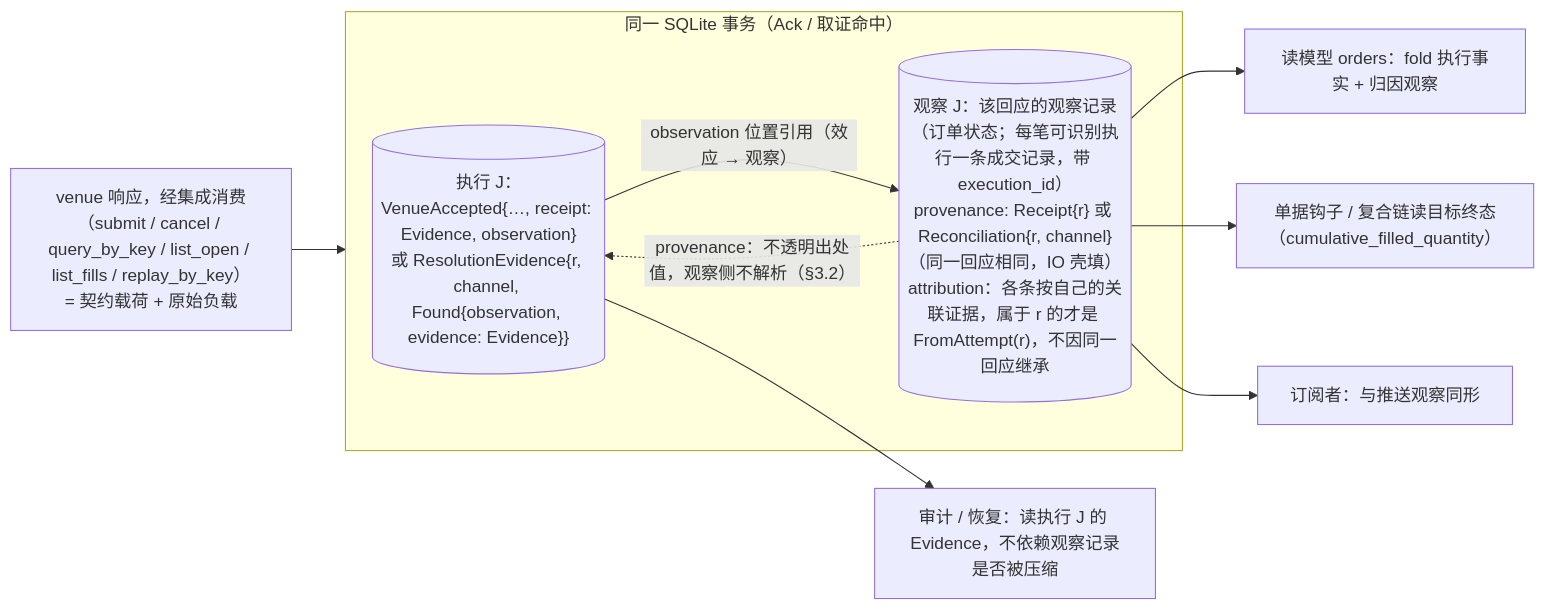
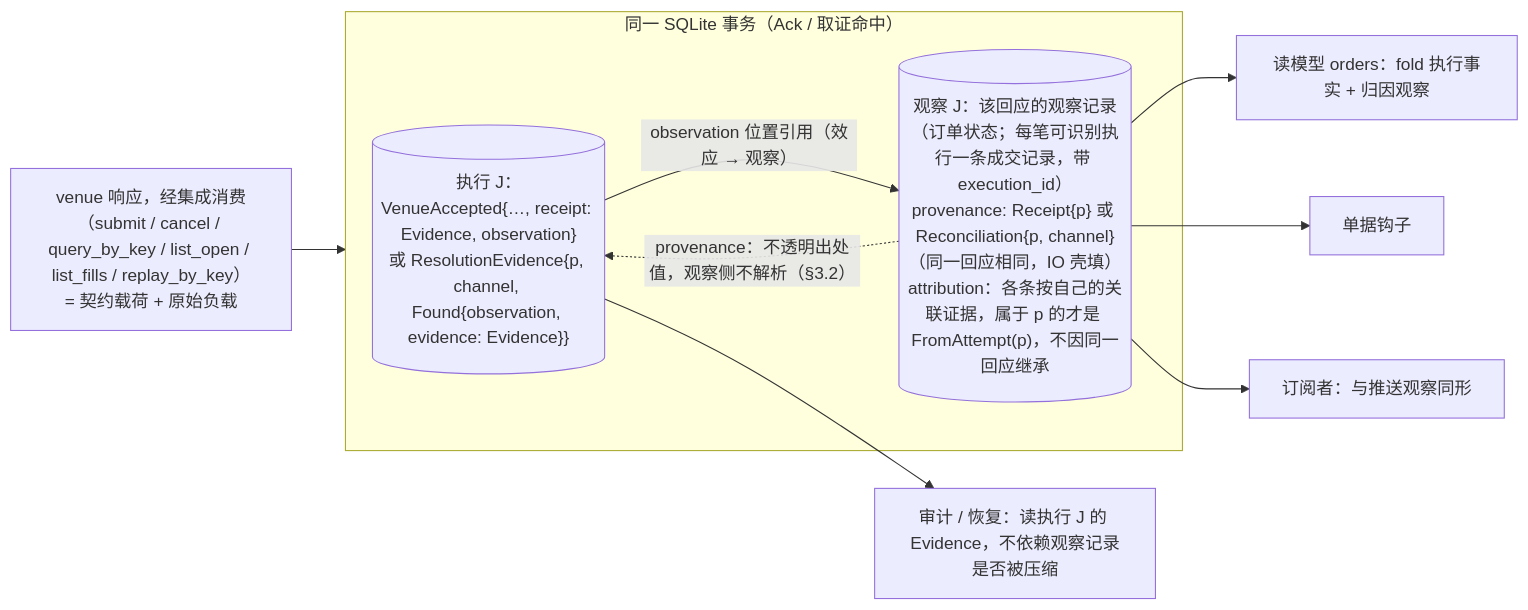
The third of 7 diagrams in design/diagrams/06-io-shell-attempt.md (mouriya-s-lab/uta), drawn with Mermaid before and after one commit. The commit also changed other lines of this file and 12 other files, not shown here.

````diff
--- a/design/diagrams/06-io-shell-attempt.md
+++ b/design/diagrams/06-io-shell-attempt.md
@@ -102,14 +106,14 @@
 ```mermaid
 flowchart LR
   V["venue 响应，经集成消费（submit / cancel / query_by_key / list_open / list_fills / replay_by_key）<br/>= 契约载荷 + 原始负载"] --> TX
   subgraph TX["同一 SQLite 事务（Ack / 取证命中）"]
-    E[("执行 J：VenueAccepted{…, receipt: Evidence, observation}<br/>或 ResolutionEvidence{r, channel, Found{observation, evidence: Evidence}}")]
-    O[("观察 J：该回应的观察记录（订单状态；每笔可识别执行一条成交记录，带 execution_id）<br/>provenance: Receipt{r} 或 Reconciliation{r, channel}（同一回应相同，IO 壳填）<br/>attribution：各条按自己的关联证据，属于 r 的才是 FromAttempt(r)，不因同一回应继承")]
+    E[("执行 J：VenueAccepted{…, receipt: Evidence, observation}<br/>或 ResolutionEvidence{p, channel, Found{observation, evidence: Evidence}}")]
+    O[("观察 J：该回应的观察记录（订单状态；每笔可识别执行一条成交记录，带 execution_id）<br/>provenance: Receipt{p} 或 Reconciliation{p, channel}（同一回应相同，IO 壳填）<br/>attribution：各条按自己的关联证据，属于 p 的才是 FromAttempt(p)，不因同一回应继承")]
     E -->|"observation 位置引用（效应 → 观察）"| O
     O -.->|"provenance：不透明出处值，观察侧不解析（§3.2）"| E
   end
   E --> AUD["审计 / 恢复：读执行 J 的 Evidence，不依赖观察记录是否被压缩"]
   O --> RM["读模型 orders：fold 执行事实 + 归因观察"]
-  O --> HOOK["单据钩子 / 复合链读目标终态（cumulative_filled_quantity）"]
+  O --> HOOK["单据钩子"]
   O --> SUBS["订阅者：与推送观察同形"]
 ```
````
